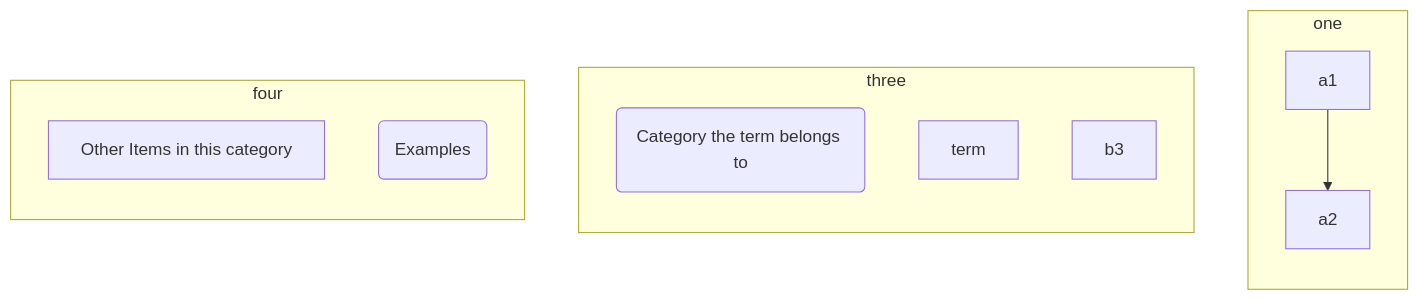
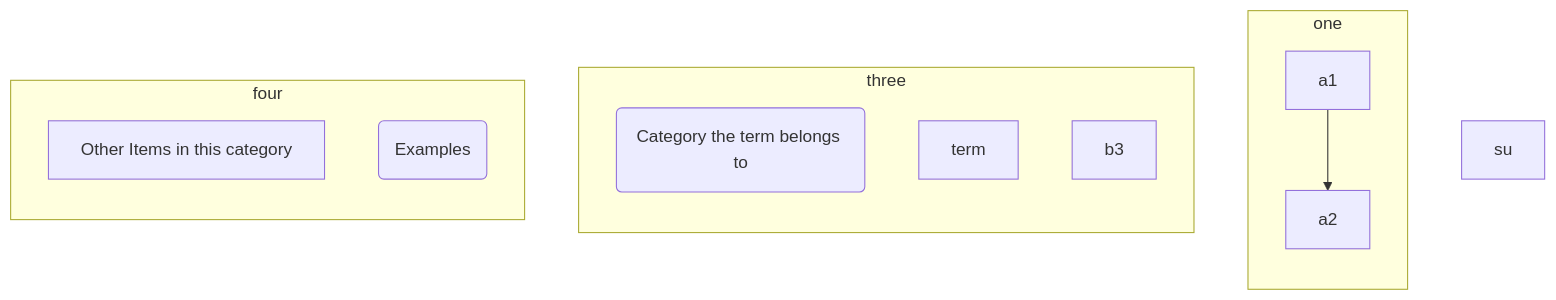
One commit to gerbssusd/dok changed the diagram in slides.md. Above: the diagram before and after it, drawn with Mermaid.

````diff
--- a/slides.md
+++ b/slides.md
@@ -217,25 +217,25 @@
 ```mermaid
 flowchart TB
     subgraph one 
      direction TB
     a1-->a2
      end
-    
+    su
     subgraph three
       direction TB
         b1(Category the term belongs to)
         b2[term]
         b3 
         end
     subgraph four
       direction TB
     c1[Other Items in this category] 
     c2(Examples)
     end
 
 
 
 
 
 
 ```
````
